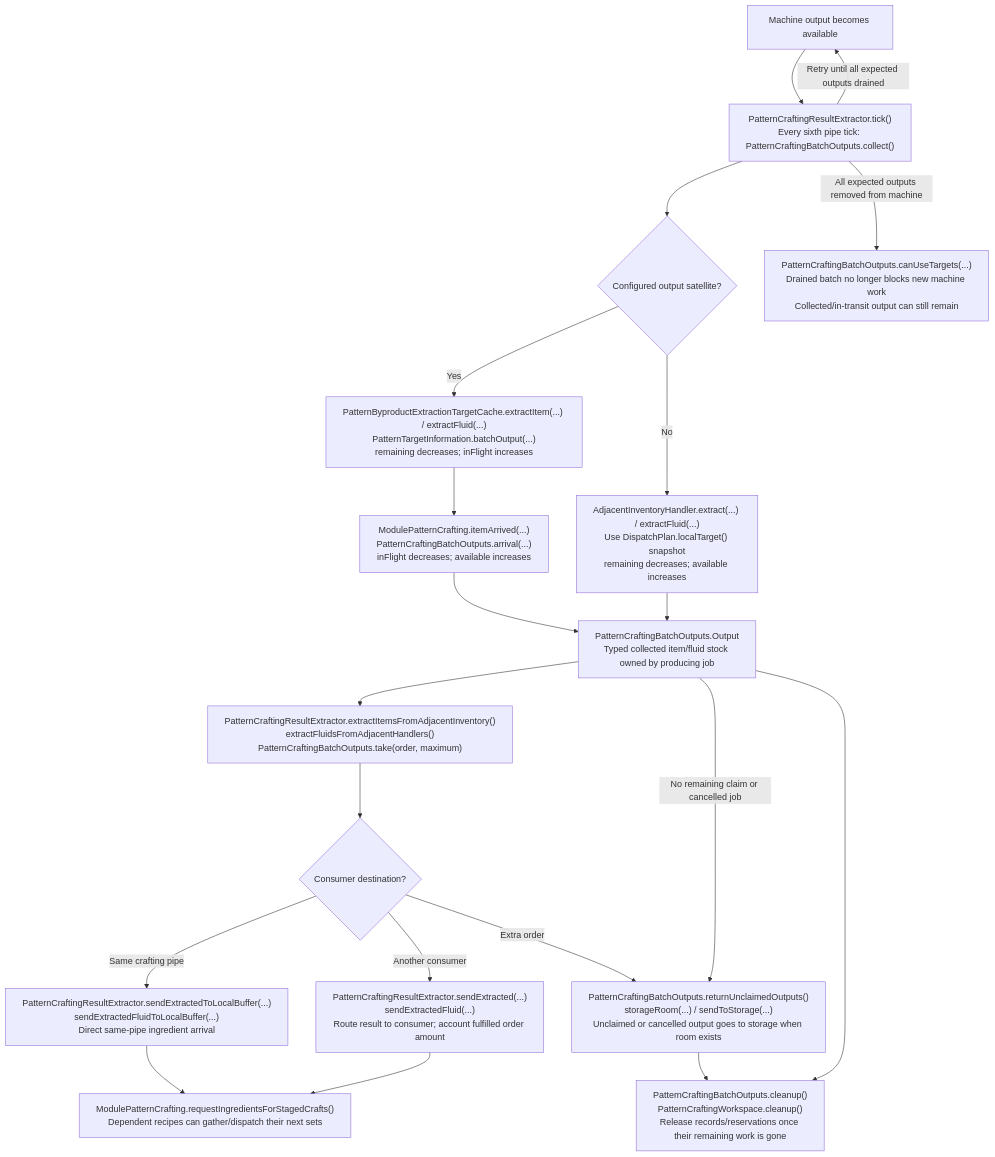
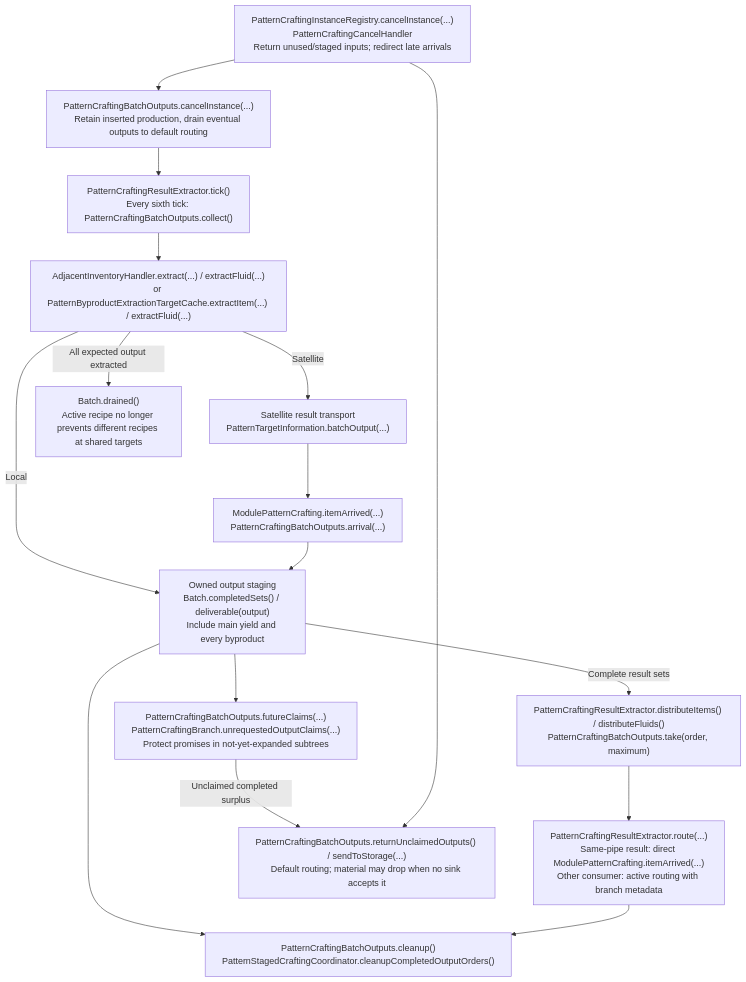
The second of 2 diagrams in docs/pattern-crafting-process.md (Tyronadre/LogisticsPipes), drawn with Mermaid before and after one commit. The commit also changed other lines of this file and 33 other files, not shown here.

Commit message:
Simplify pattern crafting with per-pattern ingredient scheduling

````diff
--- a/docs/pattern-crafting-process.md
+++ b/docs/pattern-crafting-process.md
@@ -66,31 +48,27 @@
 ```mermaid
 flowchart TD
-    Machine["Machine output becomes available"]
-    Tick["PatternCraftingResultExtractor.tick()<br/>Every sixth pipe tick: PatternCraftingBatchOutputs.collect()"]
-    Target{"Configured output satellite?"}
-    Remote["PatternByproductExtractionTargetCache.extractItem(...) / extractFluid(...)<br/>PatternTargetInformation.batchOutput(...)<br/>remaining decreases; inFlight increases"]
-    Arrive["ModulePatternCrafting.itemArrived(...)<br/>PatternCraftingBatchOutputs.arrival(...)<br/>inFlight decreases; available increases"]
-    Local["AdjacentInventoryHandler.extract(...) / extractFluid(...)<br/>Use DispatchPlan.localTarget() snapshot<br/>remaining decreases; available increases"]
-    Stock["PatternCraftingBatchOutputs.Output<br/>Typed collected item/fluid stock owned by producing job"]
-    Extract["PatternCraftingResultExtractor.extractItemsFromAdjacentInventory()<br/>extractFluidsFromAdjacentHandlers()<br/>PatternCraftingBatchOutputs.take(order, maximum)"]
-    Route{"Consumer destination?"}
-    Same["PatternCraftingResultExtractor.sendExtractedToLocalBuffer(...)<br/>sendExtractedFluidToLocalBuffer(...)<br/>Direct same-pipe ingredient arrival"]
-    Other["PatternCraftingResultExtractor.sendExtracted(...)<br/>sendExtractedFluid(...)<br/>Route result to consumer; account fulfilled order amount"]
-    Wake["ModulePatternCrafting.requestIngredientsForStagedCrafts()<br/>Dependent recipes can gather/dispatch their next sets"]
-    Extra["PatternCraftingBatchOutputs.returnUnclaimedOutputs()<br/>storageRoom(...) / sendToStorage(...)<br/>Unclaimed or cancelled output goes to storage when room exists"]
-    Lease["PatternCraftingBatchOutputs.canUseTargets(...)<br/>Drained batch no longer blocks new machine work<br/>Collected/in-transit output can still remain"]
-    Clean["PatternCraftingBatchOutputs.cleanup()<br/>PatternCraftingWorkspace.cleanup()<br/>Release records/reservations once their remaining work is gone"]
-
-    Machine --> Tick --> Target
-    Target -->|Yes| Remote --> Arrive --> Stock
-    Target -->|No| Local --> Stock
-    Tick -->|Retry until all expected outputs drained| Machine
-    Stock --> Extract --> Route
-    Route -->|Same crafting pipe| Same --> Wake
-    Route -->|Another consumer| Other --> Wake
-    Route -->|Extra order| Extra
-    Stock -->|No remaining claim or cancelled job| Extra
-    Tick -->|All expected outputs removed from machine| Lease
+    Tick["PatternCraftingResultExtractor.tick()<br/>Every sixth tick: PatternCraftingBatchOutputs.collect()"]
+    Output["AdjacentInventoryHandler.extract(...) / extractFluid(...)<br/>or PatternByproductExtractionTargetCache.extractItem(...) / extractFluid(...)"]
+    Transit["Satellite result transport<br/>PatternTargetInformation.batchOutput(...)"]
+    Arrival["ModulePatternCrafting.itemArrived(...)<br/>PatternCraftingBatchOutputs.arrival(...)"]
+    Stock["Owned output staging<br/>Batch.completedSets() / deliverable(output)<br/>Include main yield and every byproduct"]
+    Take["PatternCraftingResultExtractor.distributeItems() / distributeFluids()<br/>PatternCraftingBatchOutputs.take(order, maximum)"]
+    Route["PatternCraftingResultExtractor.route(...)<br/>Same-pipe result: direct ModulePatternCrafting.itemArrived(...)<br/>Other consumer: active routing with branch metadata"]
+    Claims["PatternCraftingBatchOutputs.futureClaims(...)<br/>PatternCraftingBranch.unrequestedOutputClaims(...)<br/>Protect promises in not-yet-expanded subtrees"]
+    Default["PatternCraftingBatchOutputs.returnUnclaimedOutputs() / sendToStorage(...)<br/>Default routing; material may drop when no sink accepts it"]
+    Cancel["PatternCraftingInstanceRegistry.cancelInstance(...)<br/>PatternCraftingCancelHandler<br/>Return unused/staged inputs; redirect late arrivals"]
+    CancelBatch["PatternCraftingBatchOutputs.cancelInstance(...)<br/>Retain inserted production, drain eventual outputs to default routing"]
+    Release["Batch.drained()<br/>Active recipe no longer prevents different recipes at shared targets"]
+    Clean["PatternCraftingBatchOutputs.cleanup()<br/>PatternStagedCraftingCoordinator.cleanupCompletedOutputOrders()"]
+    Tick --> Output
+    Output -->|Local| Stock
+    Output -->|Satellite| Transit --> Arrival --> Stock
+    Stock -->|Complete result sets| Take --> Route
+    Stock --> Claims
+    Claims -->|Unclaimed completed surplus| Default
+    Output -->|All expected output extracted| Release
+    Cancel --> CancelBatch --> Tick
+    Cancel --> Default
     Stock --> Clean
-    Extra --> Clean
+    Route --> Clean
 ```
````
